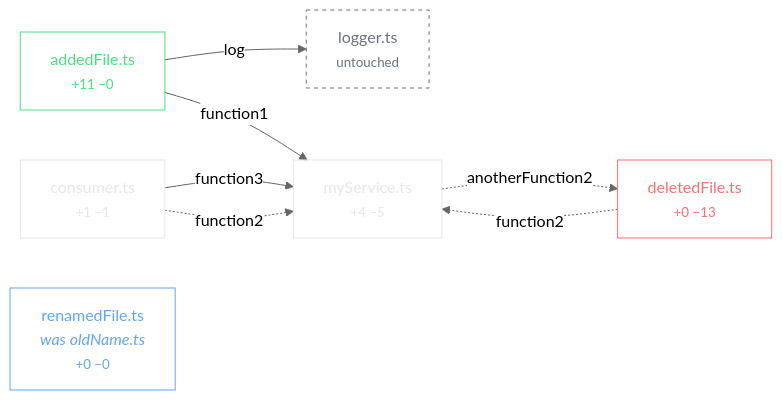
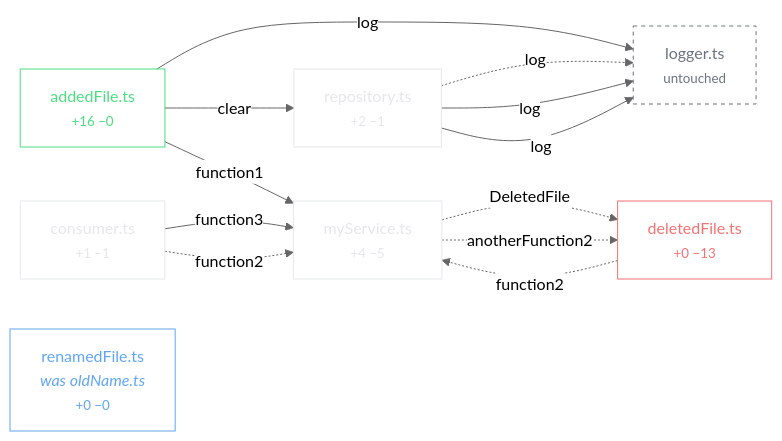
The diagram in README.md (PowerEngine98/odin-pr-review), drawn with Mermaid (neutral theme) before and after one commit. The commit also changed other lines of this file and 18 other files, not shown here.

````diff
--- a/README.md
+++ b/README.md
@@ -82,21 +89,27 @@
 ```mermaid
 flowchart LR
-  n0["addedFile.ts<br/><small>+11 −0</small>"]:::added
+  n0["addedFile.ts<br/><small>+16 −0</small>"]:::added
   n1["consumer.ts<br/><small>+1 −1</small>"]:::modified
   n2["deletedFile.ts<br/><small>+0 −13</small>"]:::deleted
   n3["logger.ts<br/><small>untouched</small>"]:::phantom
   n4["myService.ts<br/><small>+4 −5</small>"]:::modified
   n5["renamedFile.ts<br/><i>was oldName.ts</i><br/><small>+0 −0</small>"]:::renamed
+  n6["repository.ts<br/><small>+2 −1</small>"]:::modified
+  n4 -.->|"DeletedFile"| n2
+  n4 -.->|"anotherFunction2"| n2
+  n0 -->|"log"| n3
   n0 -->|"function1"| n4
-  n0 -->|"log"| n3
+  n0 -->|"clear"| n6
   n1 -->|"function3"| n4
   n1 -.->|"function2"| n4
   n2 -.->|"function2"| n4
-  n4 -.->|"anotherFunction2"| n2
+  n6 -.->|"log"| n3
+  n6 -->|"log"| n3
+  n6 -->|"log"| n3
 
   classDef added stroke:#4ade80,color:#4ade80,fill:transparent;
   classDef modified stroke:#e5e7eb,color:#e5e7eb,fill:transparent;
   classDef deleted stroke:#f87171,color:#f87171,fill:transparent;
   classDef renamed stroke:#60a5fa,color:#60a5fa,fill:transparent;
   classDef phantom stroke:#6b7280,color:#6b7280,fill:transparent,stroke-dasharray:4 4;
 ```
````
